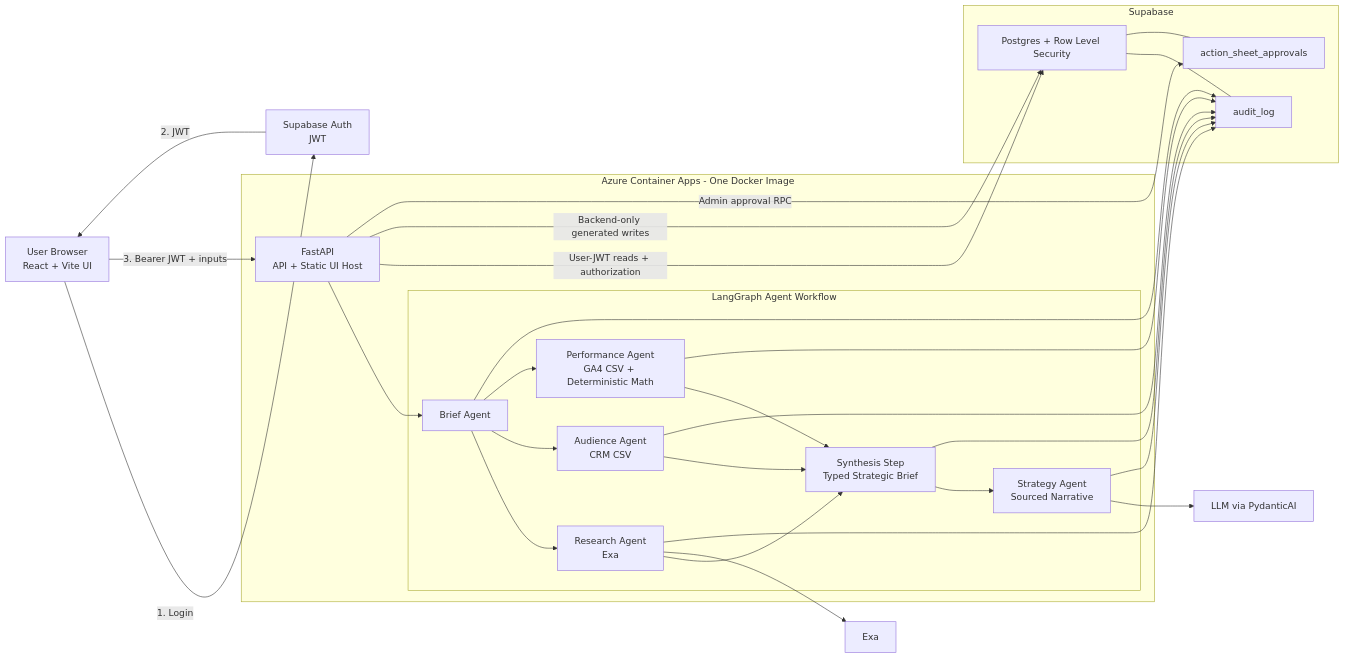
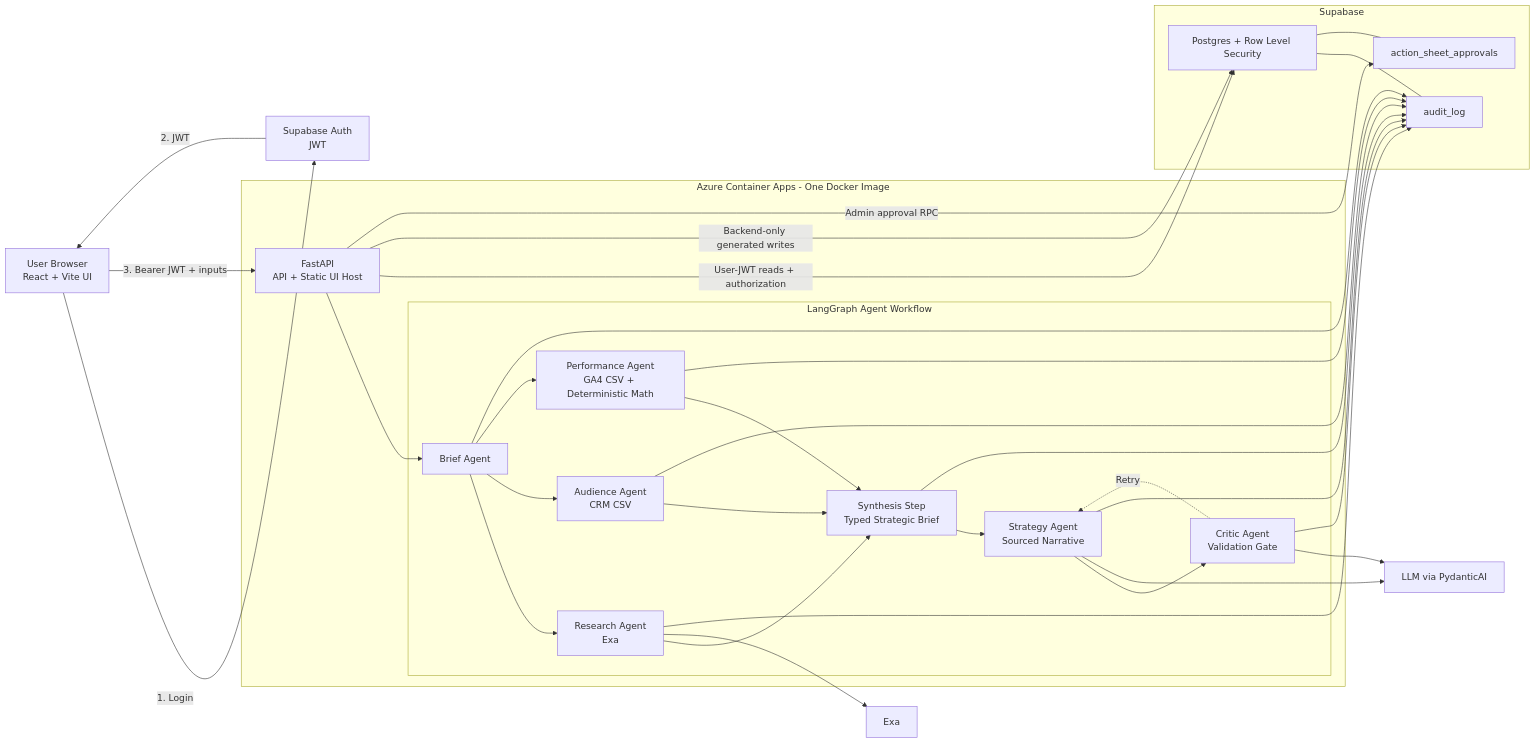
Before and after one commit to georgeschamma/mira-agent: the diagram in SUBMISSION.md, drawn with Mermaid. The commit also changed other lines of this file and 26 other files, not shown here.

Commit message:
feat: allocation policy, synthesis, critic gate, and skills in Docker image

````diff
--- a/SUBMISSION.md
+++ b/SUBMISSION.md
@@ -32,51 +32,56 @@
 ```mermaid
 flowchart LR
     Browser["User Browser<br/>React + Vite UI"]
     Auth["Supabase Auth<br/>JWT"]
 
     subgraph Azure["Azure Container Apps - One Docker Image"]
         FastAPI["FastAPI<br/>API + Static UI Host"]
         subgraph Graph["LangGraph Agent Workflow"]
             Brief["Brief Agent"]
             Research["Research Agent<br/>Exa"]
             Audience["Audience Agent<br/>CRM CSV"]
             Performance["Performance Agent<br/>GA4 CSV + Deterministic Math"]
             Synthesize["Synthesis Step<br/>Typed Strategic Brief"]
             Strategy["Strategy Agent<br/>Sourced Narrative"]
+            Critic["Critic Agent<br/>Validation Gate"]
             Brief --> Research
             Brief --> Audience
             Brief --> Performance
             Research --> Synthesize
             Audience --> Synthesize
             Performance --> Synthesize
             Synthesize --> Strategy
+            Strategy --> Critic
+            Critic -.->|Retry| Strategy
         end
         FastAPI --> Brief
     end
 
     subgraph Supabase["Supabase"]
         RLS["Postgres + Row Level Security"]
         Audit["audit_log"]
         Approval["action_sheet_approvals"]
     end
 
     Exa["Exa"]
     LLM["LLM via PydanticAI"]
-
+ 
     Browser -->|"1. Login"| Auth
     Auth -->|"2. JWT"| Browser
     Browser -->|"3. Bearer JWT + inputs"| FastAPI
     FastAPI -->|"User-JWT reads + authorization"| RLS
     FastAPI -->|"Backend-only generated writes"| RLS
     FastAPI -->|"Admin approval RPC"| Approval
     Research --> Exa
     Strategy --> LLM
+    Critic --> LLM
     Brief --> Audit
     Research --> Audit
     Audience --> Audit
     Performance --> Audit
     Synthesize --> Audit
     Strategy --> Audit
+    Critic --> Audit
     RLS --- Audit
     RLS --- Approval
 ```
````
